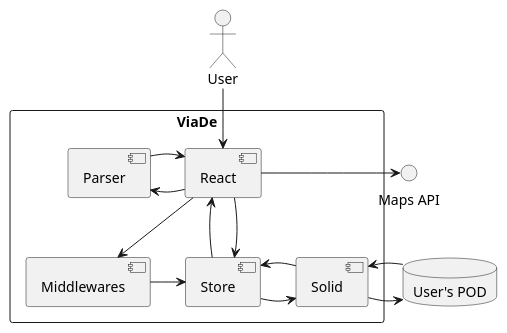
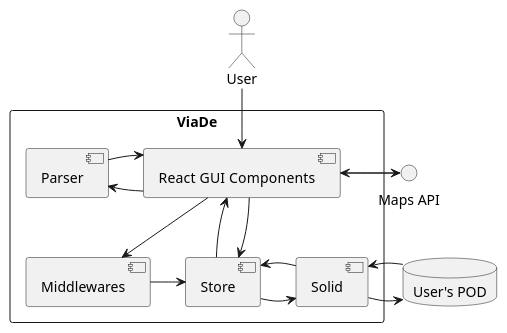
The diagram in src/docs/diagrams/05-01_whiteboxOverallSystem.puml (Arquisoft/viade_en1b), drawn with PlantUML before and after one commit. The commit also changed 4 other files, not shown here.

```diff
--- a/src/docs/diagrams/05-01_whiteboxOverallSystem.puml
+++ b/src/docs/diagrams/05-01_whiteboxOverallSystem.puml
@@ -1,41 +1,42 @@
 @startuml
 
 rectangle ViaDe {
-    [React] as react
+    [React  GUI Components] as react
     [Parser] as parser 
     [Middlewares] as middlewares
     [Store] as store 
     [Solid] as solid
 }
 
 database "User's POD" as pod
 
 () "Maps API" as imaps
 
 :User: --> react
 
 react <-- store
 react --> store
 
 react --> middlewares
 
 parser <- react
 parser -> react
 
 middlewares -> store
 
 store -> solid
 store <- solid
 
 solid -> pod
 solid <- pod
 
 react -> imaps
+imaps -> react
 
 
 
 
 
 
 
 @enduml
```
